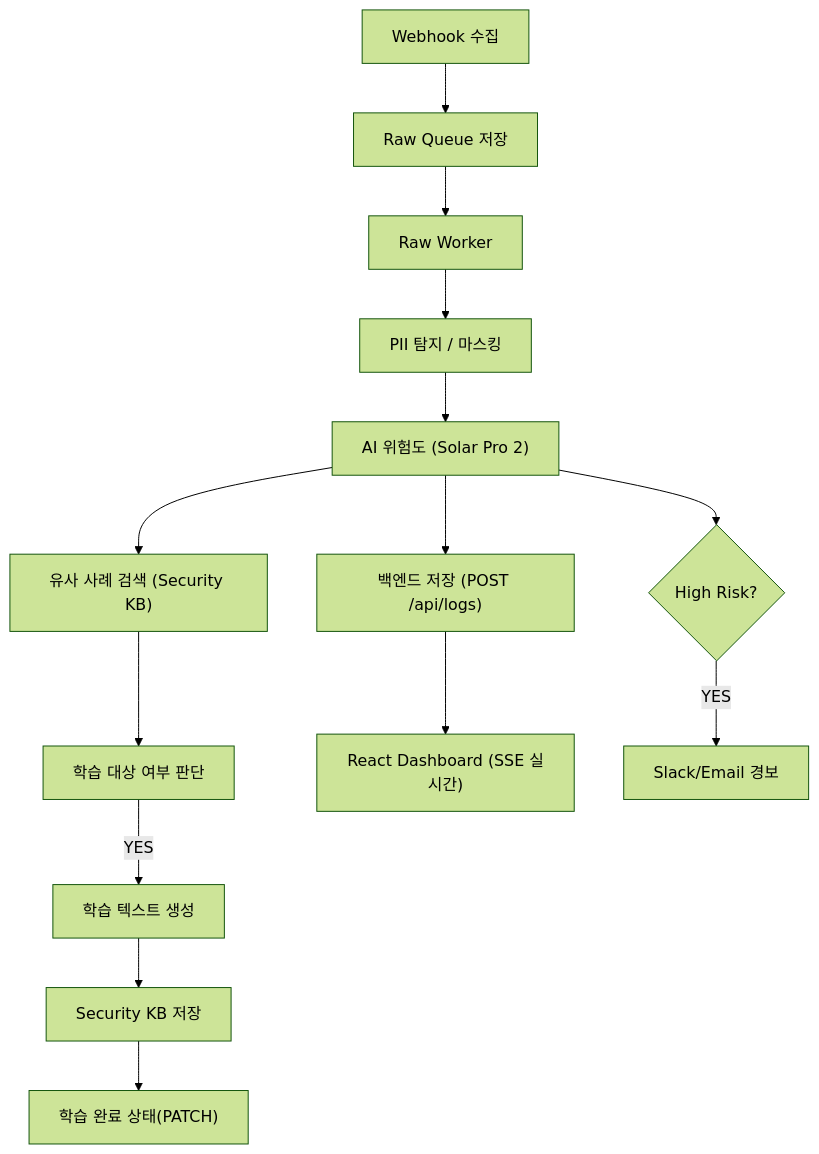
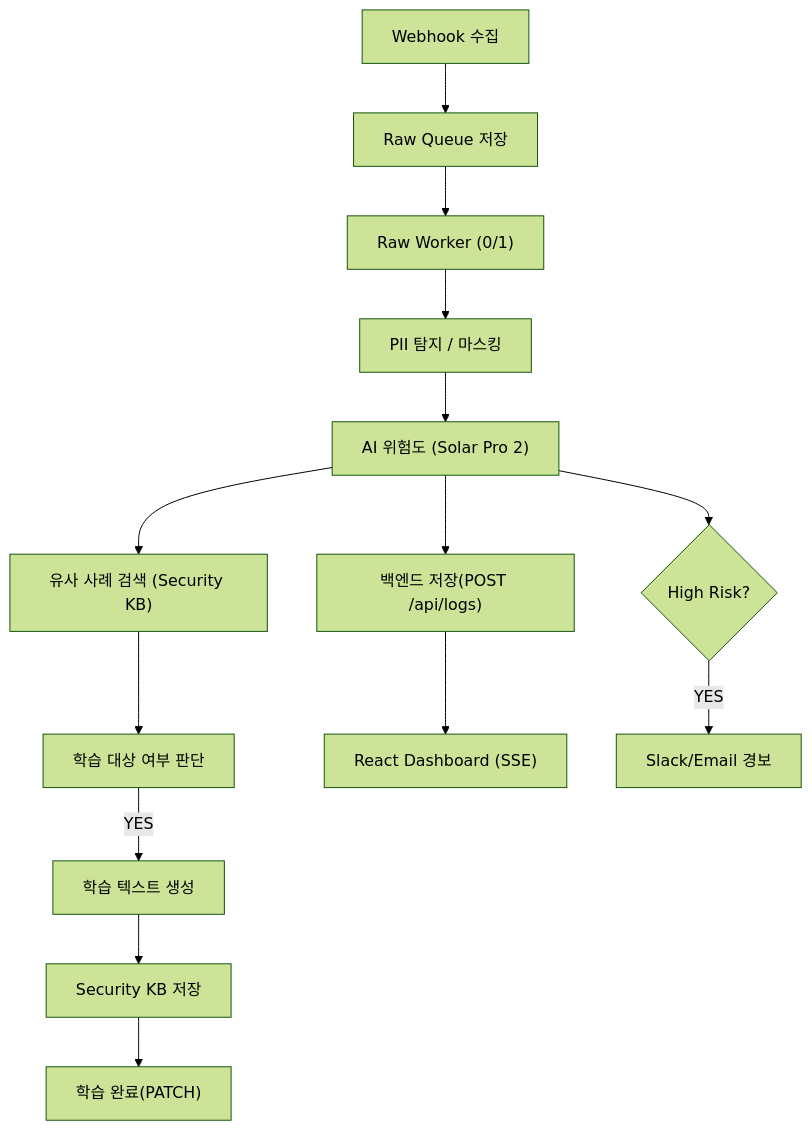
One commit to jihun-moon/im-bank-n8n-agent changed the first of 2 diagrams in README.md. Above: the diagram before and after it, drawn with Mermaid (forest theme). The commit also changed other lines of this file, not shown here.

````diff
--- a/README.md
+++ b/README.md
@@ -143,19 +67,19 @@
 ```mermaid
 flowchart TD
     A["Webhook 수집"] --> B["Raw Queue 저장"]
-    B --> C["Raw Worker"]
+    B --> C["Raw Worker (0/1)"]
     C --> D["PII 탐지 / 마스킹"]
     D --> E["AI 위험도 (Solar Pro 2)"]
     E --> F["유사 사례 검색 (Security KB)"]
     F --> G["학습 대상 여부 판단"]
 
     G -->|YES| H["학습 텍스트 생성"]
     H --> I["Security KB 저장"]
-    I --> J["학습 완료 상태(PATCH)"]
+    I --> J["학습 완료(PATCH)"]
     
-    E --> K["백엔드 저장 (POST /api/logs)"]
-    K --> L["React Dashboard (SSE 실시간)"]
+    E --> K["백엔드 저장(POST /api/logs)"]
+    K --> L["React Dashboard (SSE)"]
 
     E --> M{"High Risk?"}
     M -->|YES| N["Slack/Email 경보"]
 ```
````
